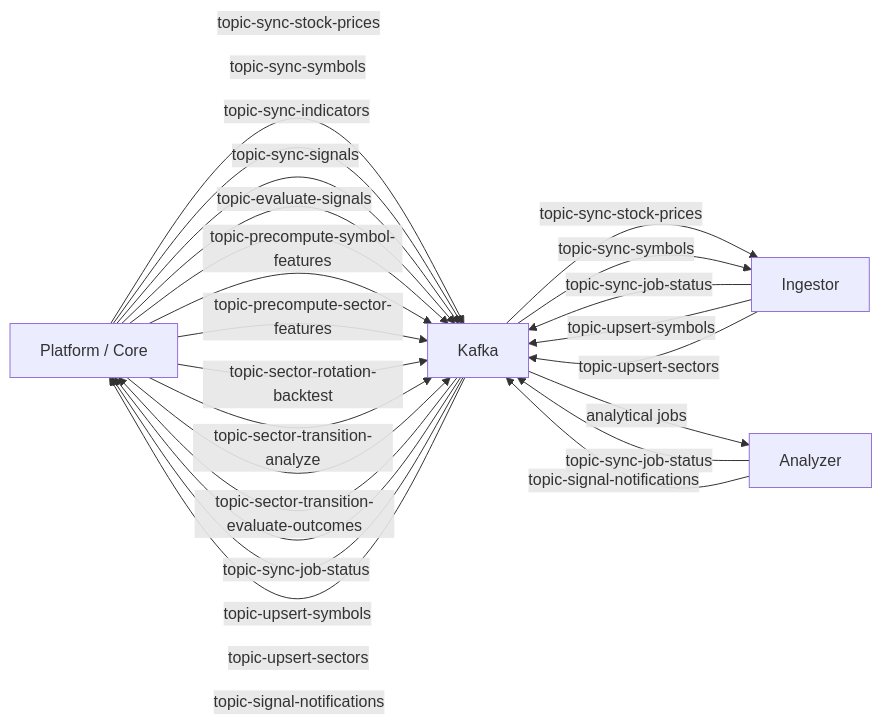
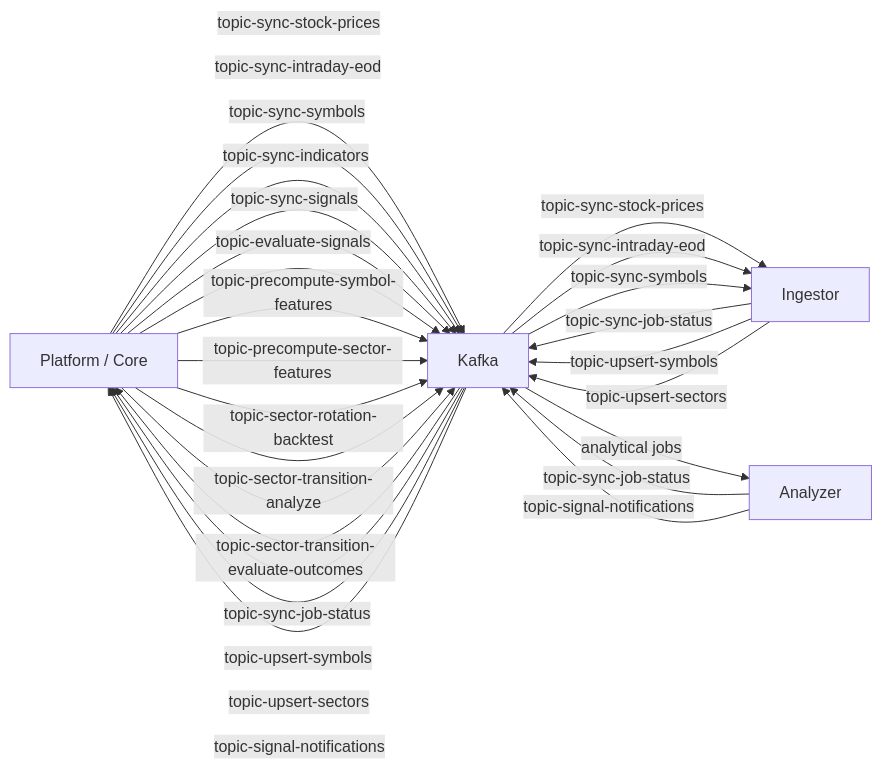
The diagram in docs/data/001-kafka-contracts.md (tanlocit9/omni), drawn with Mermaid before and after one commit. The commit also changed other lines of this file and 58 other files, not shown here.

````diff
--- a/docs/data/001-kafka-contracts.md
+++ b/docs/data/001-kafka-contracts.md
@@ -28,31 +28,33 @@
 ```mermaid
 flowchart LR
   Platform["Platform / Core"]
   Ingestor["Ingestor"]
   Analyzer["Analyzer"]
   Kafka["Kafka"]
 
   Platform -->|topic-sync-stock-prices| Kafka
+  Platform -->|topic-sync-intraday-eod| Kafka
   Platform -->|topic-sync-symbols| Kafka
   Kafka -->|topic-sync-stock-prices| Ingestor
+  Kafka -->|topic-sync-intraday-eod| Ingestor
   Kafka -->|topic-sync-symbols| Ingestor
   Ingestor -->|topic-sync-job-status| Kafka
   Ingestor -->|topic-upsert-symbols| Kafka
   Ingestor -->|topic-upsert-sectors| Kafka
   Kafka -->|topic-sync-job-status| Platform
   Kafka -->|topic-upsert-symbols| Platform
   Kafka -->|topic-upsert-sectors| Platform
 
   Platform -->|topic-sync-indicators| Kafka
   Platform -->|topic-sync-signals| Kafka
   Platform -->|topic-evaluate-signals| Kafka
   Platform -->|topic-precompute-symbol-features| Kafka
   Platform -->|topic-precompute-sector-features| Kafka
   Platform -->|topic-sector-rotation-backtest| Kafka
   Platform -->|topic-sector-transition-analyze| Kafka
   Platform -->|topic-sector-transition-evaluate-outcomes| Kafka
   Kafka -->|analytical jobs| Analyzer
   Analyzer -->|topic-sync-job-status| Kafka
   Analyzer -->|topic-signal-notifications| Kafka
   Kafka -->|topic-signal-notifications| Platform
 ```
````
